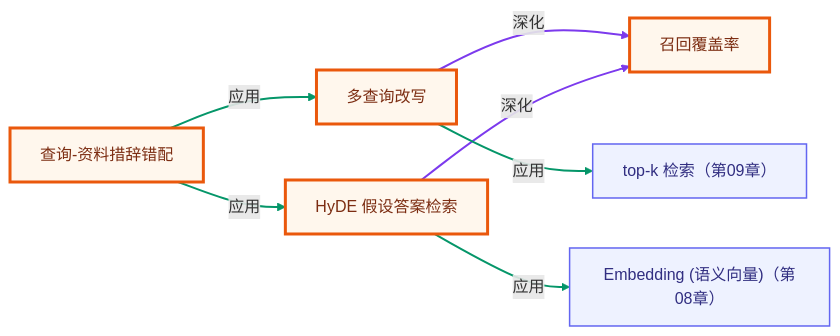
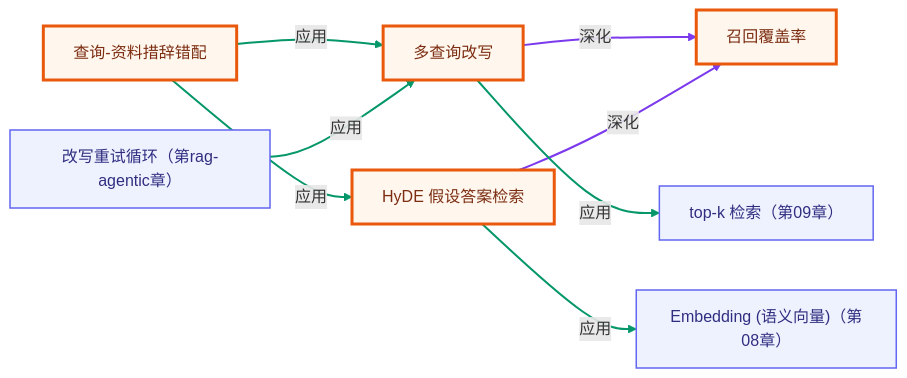
Before and after one commit to songuu/agent: the second of 2 diagrams in rag-advanced/04-query-transformation/README.md, drawn with Mermaid. The commit also changed other lines of this file and 58 other files, not shown here.

````diff
--- a/rag-advanced/04-query-transformation/README.md
+++ b/rag-advanced/04-query-transformation/README.md
@@ -212,25 +230,28 @@
 ```mermaid
 graph LR
   classDef own fill:#fff7ed,stroke:#ea580c,stroke-width:3px,color:#7c2d12;
   classDef cross fill:#eef2ff,stroke:#6366f1,stroke-width:1.5px,color:#312e81;
   n_cragquery_mismatch["查询-资料措辞错配"]
   n_cragquery_multi_query["多查询改写"]
   n_cragquery_hyde["HyDE 假设答案检索"]
   n_cragquery_recall_coverage["召回覆盖率"]
   n_c08_embedding["Embedding (语义向量)（第08章）"]
   n_c09_topk_retrieval["top-k 检索（第09章）"]
+  n_cragagentic_rewrite_loop["改写重试循环（第rag-agentic章）"]
   n_cragquery_mismatch -->|应用| n_cragquery_multi_query
   n_cragquery_mismatch -->|应用| n_cragquery_hyde
   n_cragquery_multi_query -->|深化| n_cragquery_recall_coverage
   n_cragquery_hyde -->|深化| n_cragquery_recall_coverage
   n_cragquery_hyde -->|应用| n_c08_embedding
   n_cragquery_multi_query -->|应用| n_c09_topk_retrieval
+  n_cragagentic_rewrite_loop -->|应用| n_cragquery_multi_query
   class n_cragquery_mismatch,n_cragquery_multi_query,n_cragquery_hyde,n_cragquery_recall_coverage own;
-  class n_c08_embedding,n_c09_topk_retrieval cross;
+  class n_c08_embedding,n_c09_topk_retrieval,n_cragagentic_rewrite_loop cross;
   linkStyle 0 stroke:#059669,stroke-width:2px;
   linkStyle 1 stroke:#059669,stroke-width:2px;
   linkStyle 2 stroke:#7c3aed,stroke-width:2px;
   linkStyle 3 stroke:#7c3aed,stroke-width:2px;
   linkStyle 4 stroke:#059669,stroke-width:2px;
   linkStyle 5 stroke:#059669,stroke-width:2px;
+  linkStyle 6 stroke:#059669,stroke-width:2px;
 ```
````
